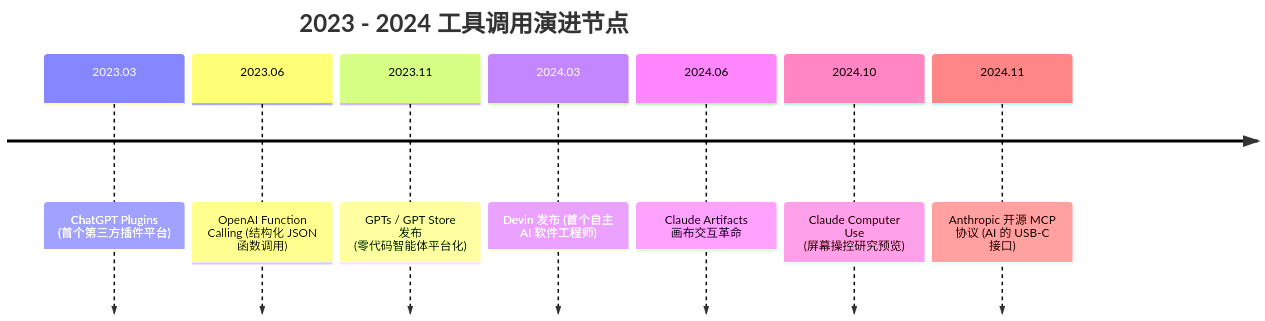
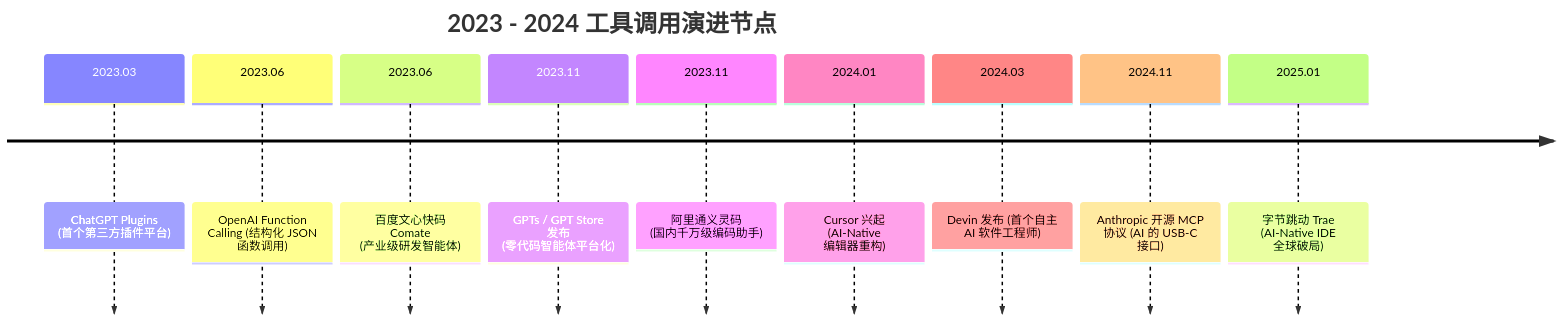
Before and after one commit to TranslationSacrifice/llm-evolution-timeline: the diagram in docs/10-agent-mcp-and-tools-ecosystem.md, drawn with Mermaid. The commit also changed other lines of this file and 4 other files, not shown here.

Commit message:
feat: incorporate OpenAI Codex, Claude Code, Google Antigravity, and Chinese AI IDE & agent ecosystem (Trae, Tongyi Lingma, CodeGeeX, Comate, Coze)

````diff
--- a/docs/10-agent-mcp-and-tools-ecosystem.md
+++ b/docs/10-agent-mcp-and-tools-ecosystem.md
@@ -52,11 +63,13 @@
 ```mermaid
 timeline
     title 2023 - 2024 工具调用演进节点
     2023.03 : ChatGPT Plugins (首个第三方插件平台)
     2023.06 : OpenAI Function Calling (结构化 JSON 函数调用)
+    2023.06 : 百度文心快码 Comate (产业级研发智能体)
     2023.11 : GPTs / GPT Store 发布 (零代码智能体平台化)
+    2023.11 : 阿里通义灵码 (国内千万级编码助手)
+    2024.01 : Cursor 兴起 (AI-Native 编辑器重构)
     2024.03 : Devin 发布 (首个自主 AI 软件工程师)
-    2024.06 : Claude Artifacts 画布交互革命
-    2024.10 : Claude Computer Use (屏幕操控研究预览)
     2024.11 : Anthropic 开源 MCP 协议 (AI 的 USB-C 接口)
+    2025.01 : 字节跳动 Trae (AI-Native IDE 全球破局)
 ```
````
